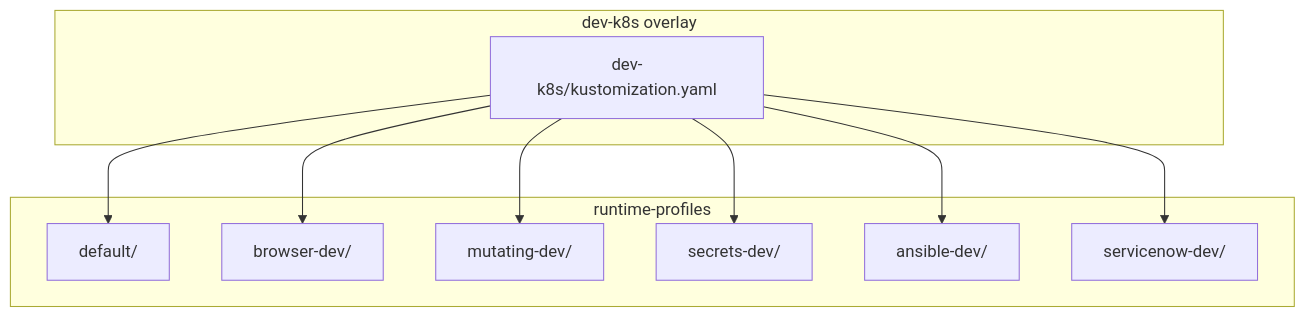
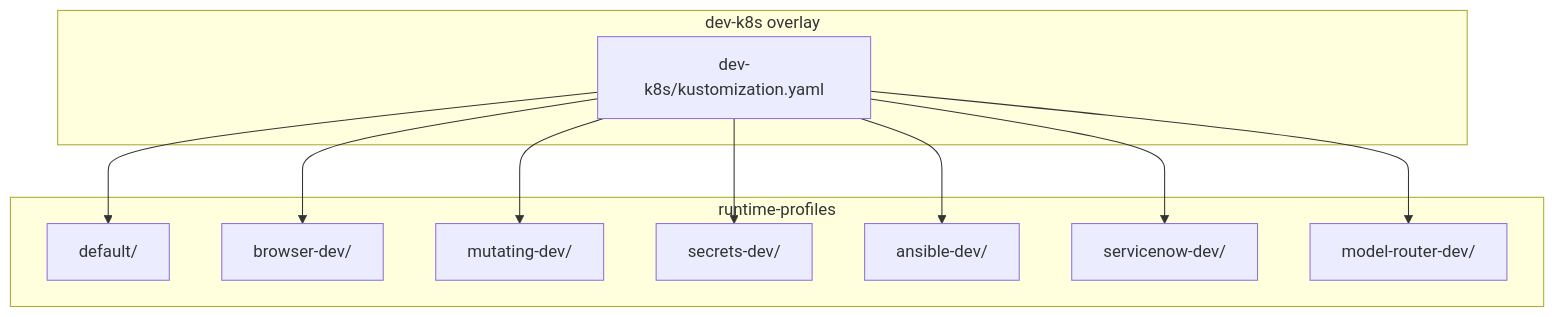
The first of 10 diagrams in .qoder/repowiki/en/content/Deployment and Operations/Kubernetes Deployment/Runtime Profiles.md (metasync/luban-aiops), drawn with Mermaid before and after one commit. The commit also changed other lines of this file and 23 other files, not shown here.

````diff
--- a/.qoder/repowiki/en/content/Deployment and Operations/Kubernetes Deployment/Runtime Profiles.md
+++ b/.qoder/repowiki/en/content/Deployment and Operations/Kubernetes Deployment/Runtime Profiles.md
@@ -72,20 +73,22 @@
 ```mermaid
 graph TB
 subgraph "dev-k8s overlay"
 D["dev-k8s/kustomization.yaml"]
 end
 subgraph "runtime-profiles"
 DEF["default/"]
 BR["browser-dev/"]
 MUT["mutating-dev/"]
 SEC["secrets-dev/"]
 ANS["ansible-dev/"]
 SN["servicenow-dev/"]
+MR["model-router-dev/"]
 end
 D --> DEF
 D --> BR
 D --> MUT
 D --> SEC
 D --> ANS
 D --> SN
+D --> MR
 ```
````
